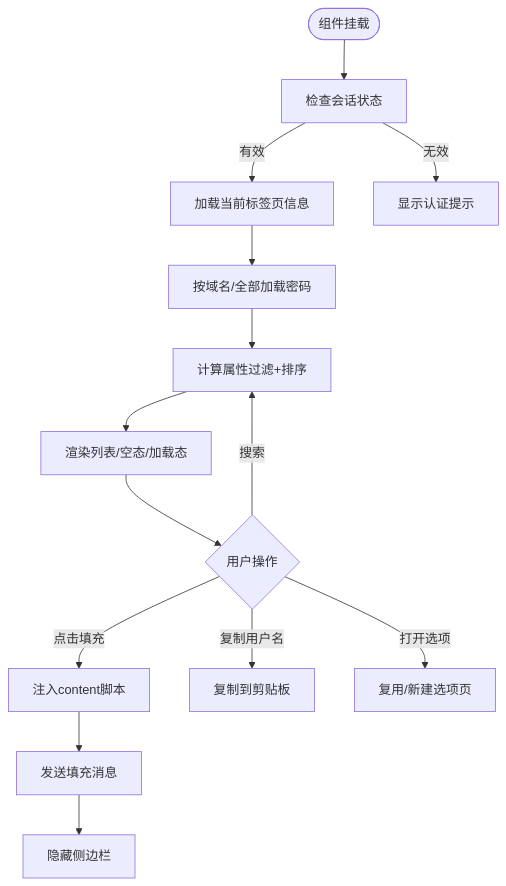
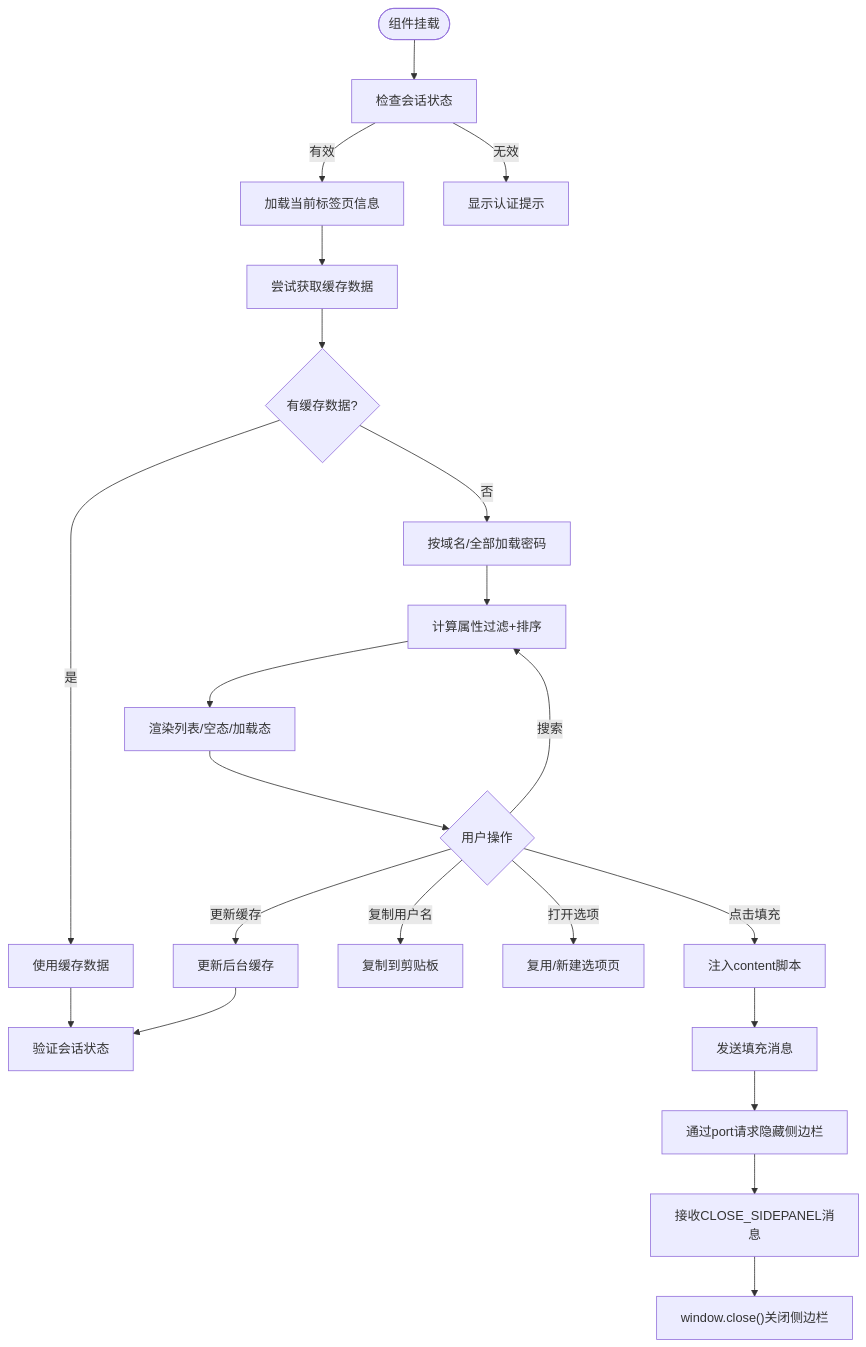
One commit to liaolongdong/account-password-helper changed the third of 8 diagrams in .qoder/repowiki/zh/content/扩展入口点/Side Panel Interface.md. Above: the diagram before and after it, drawn with Mermaid. The commit also changed other lines of this file and 23 other files, not shown here.

````diff
--- a/.qoder/repowiki/zh/content/扩展入口点/Side Panel Interface.md
+++ b/.qoder/repowiki/zh/content/扩展入口点/Side Panel Interface.md
@@ -171,16 +206,24 @@
 ```mermaid
 flowchart TD
 Start(["组件挂载"]) --> CheckSession["检查会话状态"]
 CheckSession --> |有效| LoadTab["加载当前标签页信息"]
 CheckSession --> |无效| ShowAuth["显示认证提示"]
-LoadTab --> LoadPasswords["按域名/全部加载密码"]
+LoadTab --> TryGetCache["尝试获取缓存数据"]
+TryGetCache --> HasCache{有缓存数据?}
+HasCache --> |是| UseCache["使用缓存数据"]
+HasCache --> |否| LoadPasswords["按域名/全部加载密码"]
+UseCache --> VerifySession["验证会话状态"]
 LoadPasswords --> Filter["计算属性过滤+排序"]
 Filter --> Render["渲染列表/空态/加载态"]
 Render --> UserAction{"用户操作"}
 UserAction --> |搜索| Filter
 UserAction --> |点击填充| InjectScript["注入content脚本"]
 InjectScript --> SendFill["发送填充消息"]
-SendFill --> HidePanel["隐藏侧边栏"]
+SendFill --> HidePanel["通过port请求隐藏侧边栏"]
+HidePanel --> PortClose["接收CLOSE_SIDEPANEL消息"]
+PortClose --> WindowClose["window.close()关闭侧边栏"]
 UserAction --> |复制用户名| Copy["复制到剪贴板"]
 UserAction --> |打开选项| OpenOptions["复用/新建选项页"]
+UserAction --> |更新缓存| UpdateCache["更新后台缓存"]
+UpdateCache --> VerifySession
 ```
````
